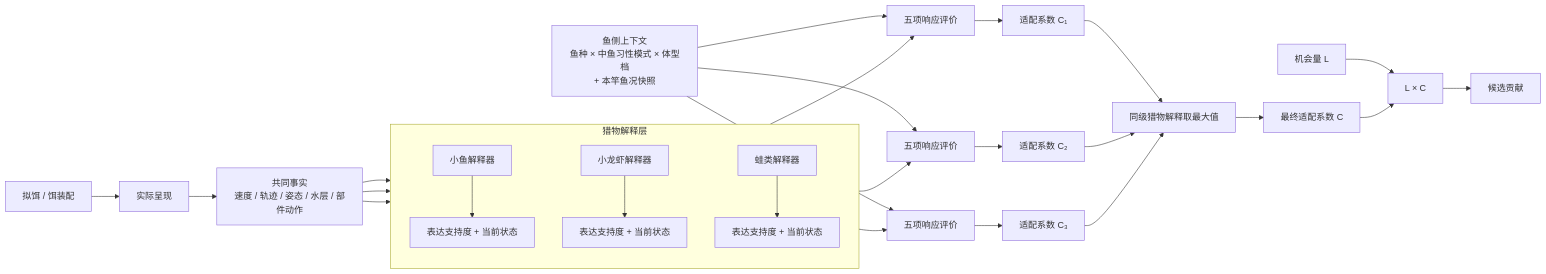
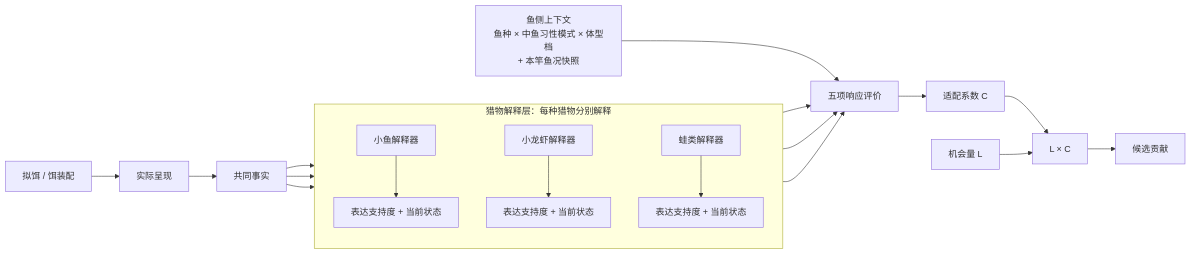
Before and after one commit to futouyiba/HitFish-Up: the diagram in docs/alignment/lure-response/2026-10-30-lure-response-alignment-draft.md, drawn with Mermaid. The commit also changed other lines of this file and 1 other file, not shown here.

````diff
--- a/docs/alignment/lure-response/2026-10-30-lure-response-alignment-draft.md
+++ b/docs/alignment/lure-response/2026-10-30-lure-response-alignment-draft.md
@@ -161,44 +114,24 @@
 ```mermaid
 flowchart LR
-    A[拟饵 / 饵装配]
-    B[实际呈现]
-    F[共同事实\n速度 / 轨迹 / 姿态 / 水层 / 部件动作]
-
-    A --> B --> F
-
-    subgraph PI[猎物解释层]
+    A[拟饵 / 饵装配] --> B[实际呈现] --> F[共同事实]
+    subgraph PI[猎物解释层：每种猎物分别解释]
       direction TB
       I1[小鱼解释器]
       I2[小龙虾解释器]
       I3[蛙类解释器]
       I1 --> S1[表达支持度 + 当前状态]
       I2 --> S2[表达支持度 + 当前状态]
       I3 --> S3[表达支持度 + 当前状态]
     end
-
     F --> I1
     F --> I2
     F --> I3
-
-    FC[鱼侧上下文\n鱼种 × 中鱼习性模式 × 体型档\n+ 本竿鱼况快照]
-
-    S1 --> R1[五项响应评价]
-    S2 --> R2[五项响应评价]
-    S3 --> R3[五项响应评价]
-    FC --> R1
-    FC --> R2
-    FC --> R3
-
-    R1 --> C1[适配系数 C₁]
-    R2 --> C2[适配系数 C₂]
-    R3 --> C3[适配系数 C₃]
-
-    C1 --> MX[同级猎物解释取最大值]
-    C2 --> MX
-    C3 --> MX
-
-    MX --> C[最终适配系数 C]
-    O[机会量 L] --> J[L × C]
-    C --> J
+    FC[鱼侧上下文\n鱼种 × 中鱼习性模式 × 体型档\n+ 本竿鱼况快照] --> R[五项响应评价]
+    S1 --> R
+    S2 --> R
+    S3 --> R
+    R --> C[适配系数 C]
+    C --> J[L × C]
+    O[机会量 L] --> J
     J --> Q[候选贡献]
 ```
````
